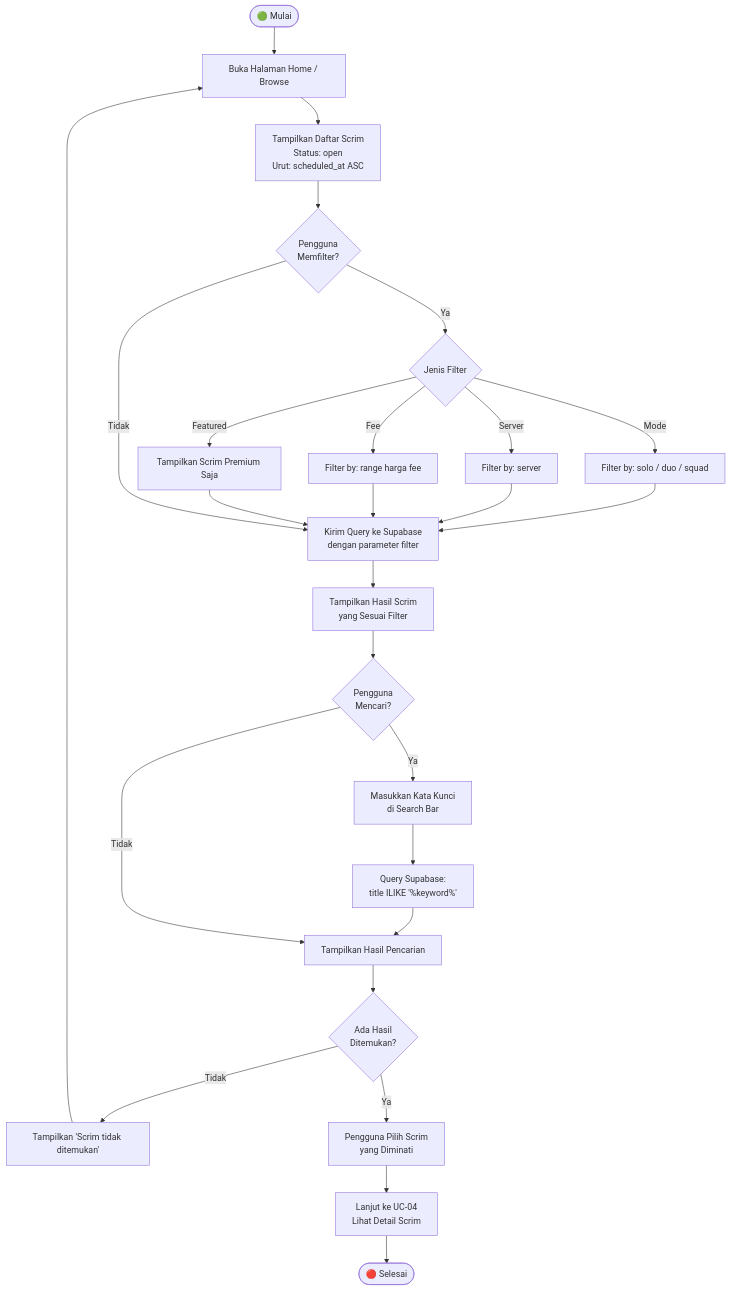
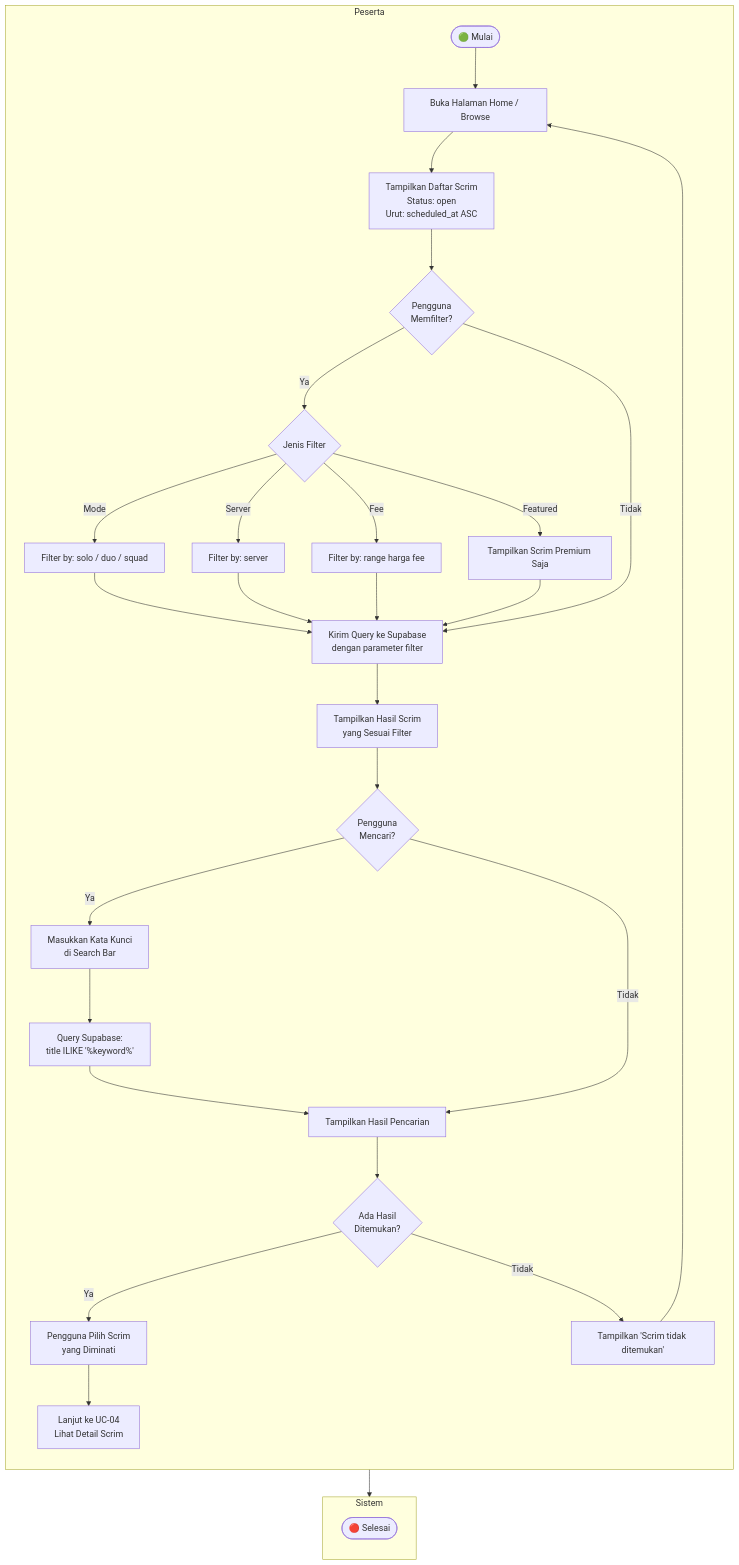
The fourth of 43 diagrams in DOKUMENTASI.md (yosima050/booyahhub), drawn with Mermaid before and after one commit. The commit also changed other lines of this file, not shown here.

Commit message:
docs: rename Platform Owner role to Platform and refactor Mermaid flowcharts in documentation

````diff
--- a/DOKUMENTASI.md
+++ b/DOKUMENTASI.md
@@ -244,27 +263,32 @@
 ```mermaid
 flowchart TD
-    A([🟢 Mulai]) --> B[Buka Halaman Home / Browse]
-    B --> C[Tampilkan Daftar Scrim\nStatus: open\nUrut: scheduled_at ASC]
-    C --> D{Pengguna\nMemfilter?}
-    D -->|Ya| E{Jenis Filter}
-    E -->|Mode| F[Filter by: solo / duo / squad]
-    E -->|Server| G[Filter by: server]
-    E -->|Fee| H[Filter by: range harga fee]
-    E -->|Featured| I[Tampilkan Scrim Premium Saja]
-    F & G & H & I --> J[Kirim Query ke Supabase\ndengan parameter filter]
-    D -->|Tidak| J
-    J --> K[Tampilkan Hasil Scrim\nyang Sesuai Filter]
+    subgraph Peserta
+        direction TB
+        A([🟢 Mulai]) --> B[Buka Halaman Home / Browse]
+        C --> D{Pengguna<br/>Memfilter?}
+        D -->|Ya| E{Jenis Filter}
+        E -->|Mode| F[Filter by: solo / duo / squad]
+        E -->|Server| G[Filter by: server]
+        E -->|Fee| H[Filter by: range harga fee]
+        E -->|Featured| I[Tampilkan Scrim Premium Saja]
+        F & G & H & I --> J
+        D -->|Tidak| J
+        K --> L{Pengguna<br/>Mencari?}
+        L -->|Ya| M[Masukkan Kata Kunci<br/>di Search Bar]
+        M --> N
+        L -->|Tidak| O
+        O --> P{Ada Hasil<br/>Ditemukan?}
+        Q --> B
+        P -->|Ya| R[Pengguna Pilih Scrim<br/>yang Diminati]
+        R --> S[Lanjut ke UC-04<br/>Lihat Detail Scrim]
+    end
 
-    K --> L{Pengguna\nMencari?}
-    L -->|Ya| M[Masukkan Kata Kunci\ndi Search Bar]
-    M --> N[Query Supabase:\ntitle ILIKE '%keyword%']
-    N --> O[Tampilkan Hasil Pencarian]
-    L -->|Tidak| O
-
-    O --> P{Ada Hasil\nDitemukan?}
-    P -->|Tidak| Q[Tampilkan 'Scrim tidak ditemukan']
-    Q --> B
-    P -->|Ya| R[Pengguna Pilih Scrim\nyang Diminati]
-    R --> S[Lanjut ke UC-04\nLihat Detail Scrim]
-    S --> T([🔴 Selesai])
+    subgraph Sistem
+        direction TB
+        B --> C[Tampilkan Daftar Scrim<br/>Status: open<br/>Urut: scheduled_at ASC]
+        J[Kirim Query ke Supabase<br/>dengan parameter filter] --> K[Tampilkan Hasil Scrim<br/>yang Sesuai Filter]
+        N[Query Supabase:<br/>title ILIKE '%keyword%'] --> O[Tampilkan Hasil Pencarian]
+        P -->|Tidak| Q[Tampilkan 'Scrim tidak ditemukan']
+        S --> T([🔴 Selesai])
+    end
 ```
````
